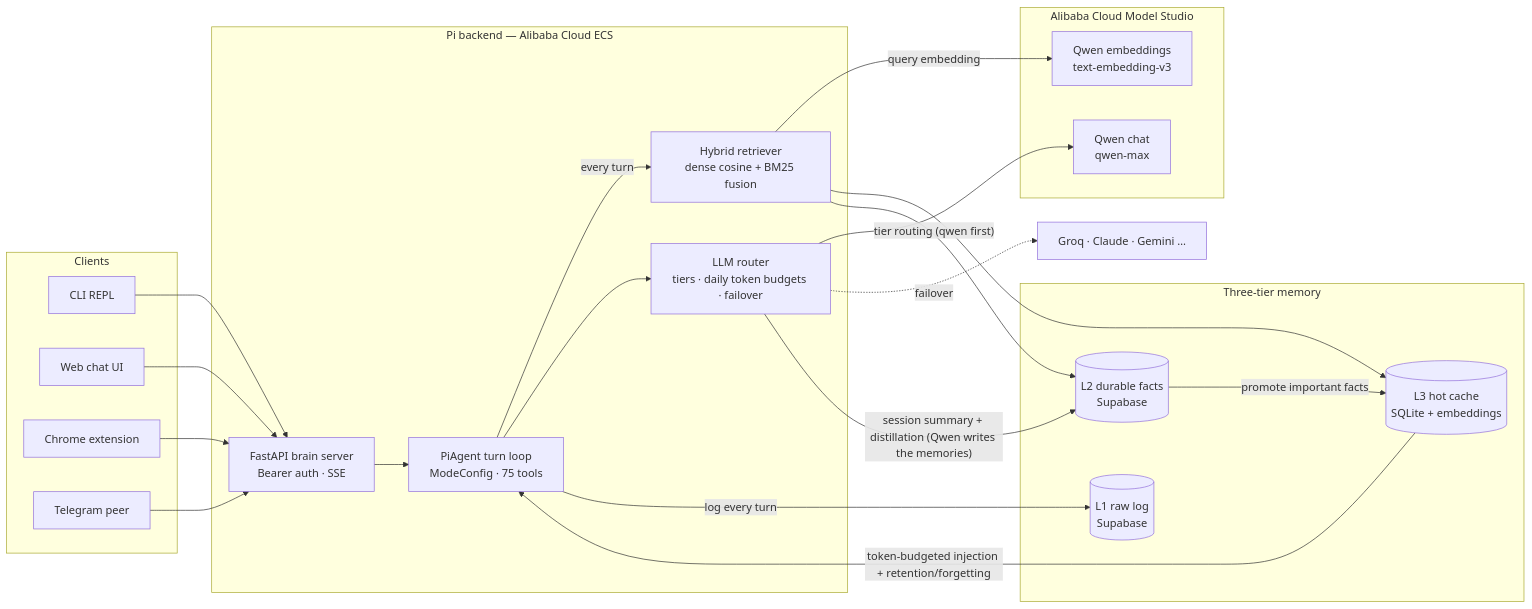
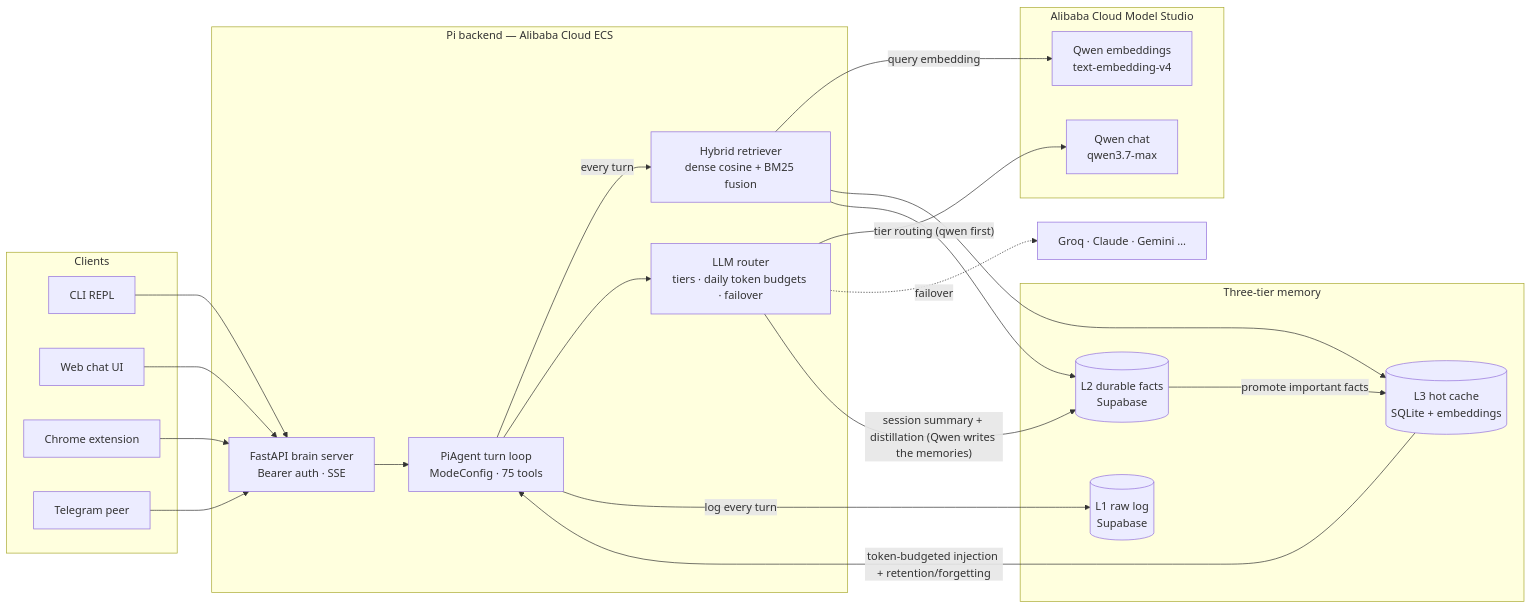
The diagram in README.md (Ashar117/pi), drawn with Mermaid before and after one commit. The commit also changed other lines of this file and 29 other files, not shown here.

````diff
--- a/README.md
+++ b/README.md
@@ -18,38 +18,38 @@
 ```mermaid
 flowchart LR
     subgraph clients [Clients]
         CLI[CLI REPL]
         WEB[Web chat UI]
         EXT[Chrome extension]
         TG[Telegram peer]
     end
 
     subgraph backend [Pi backend — Alibaba Cloud ECS]
         API[FastAPI brain server<br/>Bearer auth · SSE]
         AGENT[PiAgent turn loop<br/>ModeConfig · 75 tools]
         RET["Hybrid retriever<br/>dense cosine + BM25 fusion"]
         ROUTER[LLM router<br/>tiers · daily token budgets · failover]
     end
 
     subgraph memory [Three-tier memory]
         L3[(L3 hot cache<br/>SQLite + embeddings)]
         L2[(L2 durable facts<br/>Supabase)]
         L1[(L1 raw log<br/>Supabase)]
     end
 
     subgraph qwen [Alibaba Cloud Model Studio]
-        QC[Qwen chat<br/>qwen-max]
-        QE[Qwen embeddings<br/>text-embedding-v3]
+        QC[Qwen chat<br/>qwen3.7-max]
+        QE[Qwen embeddings<br/>text-embedding-v4]
     end
 
     CLI & WEB & EXT & TG --> API --> AGENT
     AGENT -->|every turn| RET
     RET -->|query embedding| QE
     RET --> L3 & L2
     AGENT --> ROUTER -->|"tier routing (qwen first)"| QC
     ROUTER -.->|failover| OTHER[Groq · Claude · Gemini …]
     AGENT -->|log every turn| L1
     ROUTER -->|"session summary + distillation (Qwen writes the memories)"| L2
     L2 -->|promote important facts| L3
     L3 -->|"token-budgeted injection + retention/forgetting"| AGENT
 ```
````
